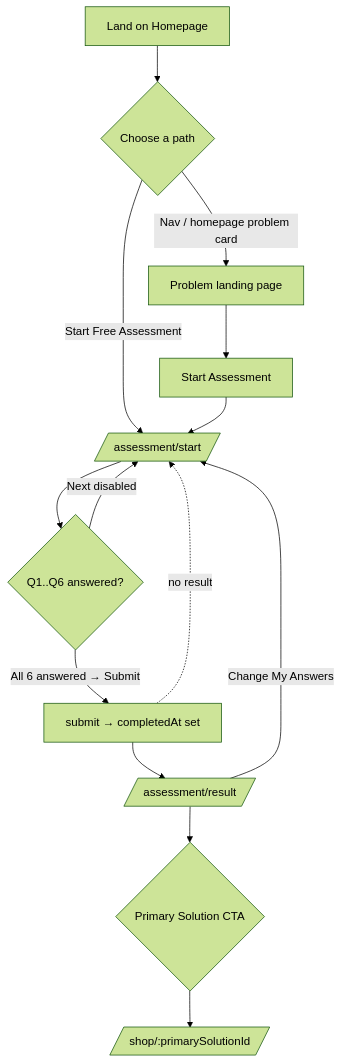
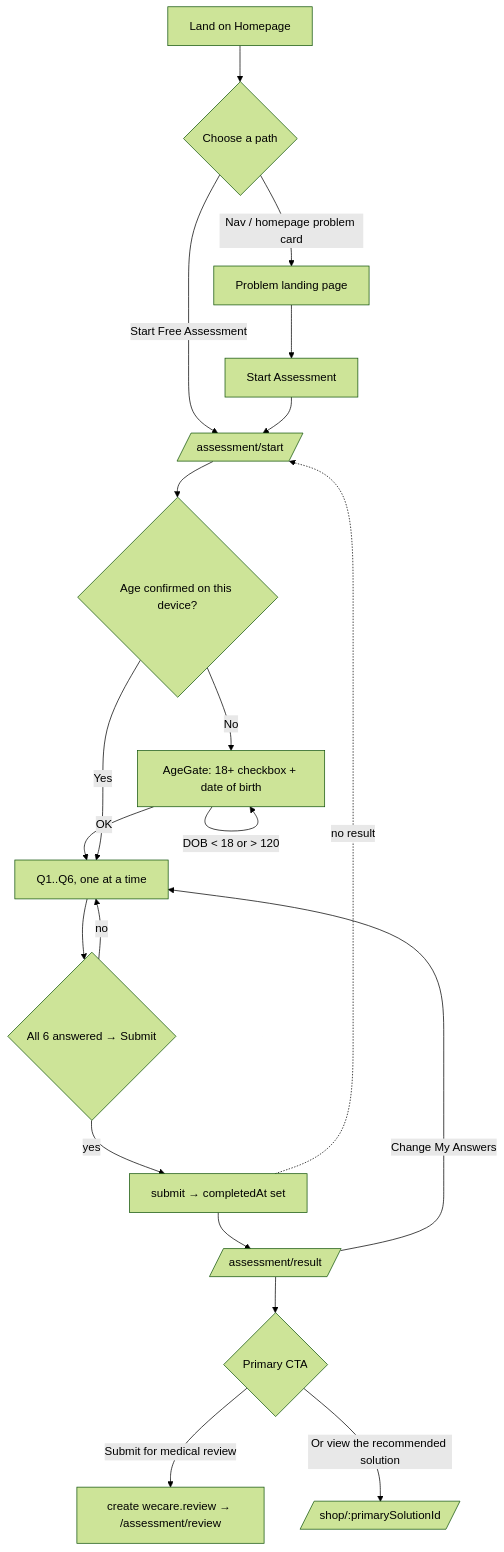
Before and after one commit to precioushopey/wecare: the first of 5 diagrams in docs/DESIGN-SPECIFICATION.md, drawn with Mermaid (forest theme). The commit also changed other lines of this file and 90 other files, not shown here.

````diff
--- a/docs/DESIGN-SPECIFICATION.md
+++ b/docs/DESIGN-SPECIFICATION.md
@@ -193,16 +213,22 @@
 ```mermaid
 flowchart TD
     A[Land on Homepage] --> B{Choose a path}
     B -->|Nav / homepage problem card| C[Problem landing page]
     B -->|"Start Free Assessment"| E[/assessment/start/]
     C --> D["Start <Problem> Assessment"]
     D --> E
-    E --> F{Q1..Q6 answered?}
-    F -->|Next disabled| E
-    F -->|All 6 answered → Submit| G[submit → completedAt set]
+    E --> AG{Age confirmed on this device?}
+    AG -->|No| AGATE[AgeGate: 18+ checkbox + date of birth]
+    AGATE -->|DOB < 18 or > 120| AGATE
+    AGATE -->|OK| Q
+    AG -->|Yes| Q[Q1..Q6, one at a time]
+    Q --> F{All 6 answered → Submit}
+    F -->|no| Q
+    F -->|yes| G[submit → completedAt set]
     G --> H[/assessment/result/]
-    H --> I{Primary Solution CTA}
-    I --> J[/shop/:primarySolutionId/]
-    H -->|Change My Answers| E
+    H --> I{Primary CTA}
+    I -->|Submit for medical review| RV[create wecare.review → /assessment/review]
+    I -->|"Or view the recommended solution"| J[/shop/:primarySolutionId/]
+    H -->|Change My Answers| Q
     G -.no result.-> E
 ```
````
